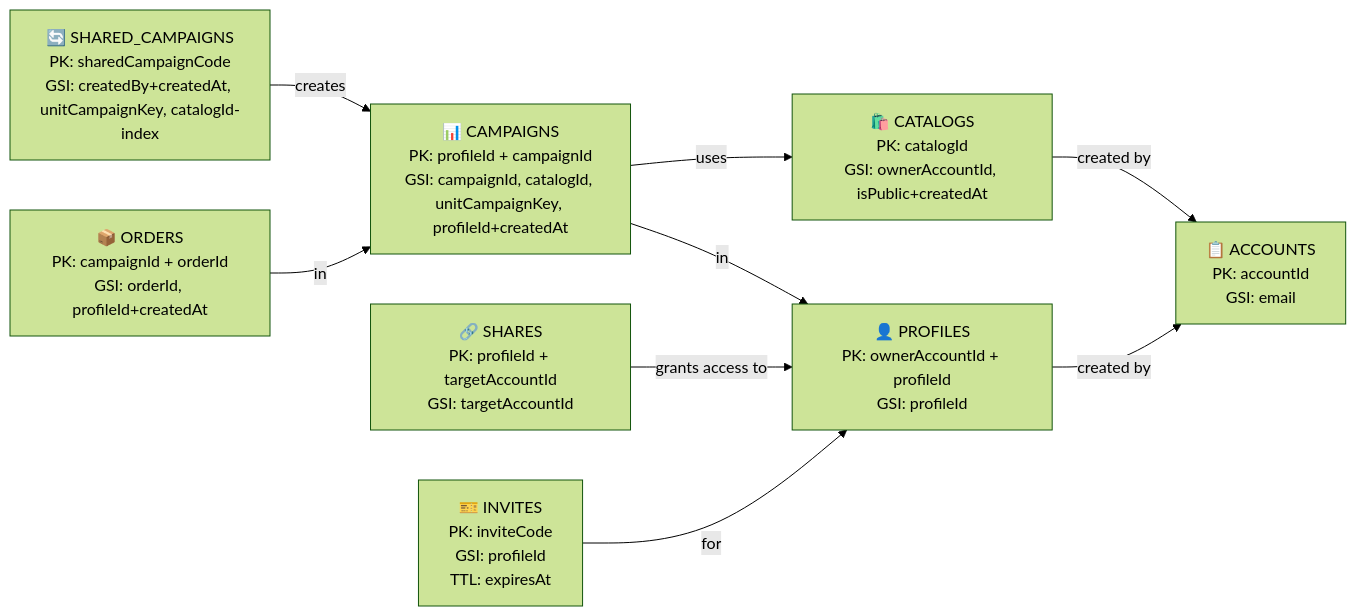
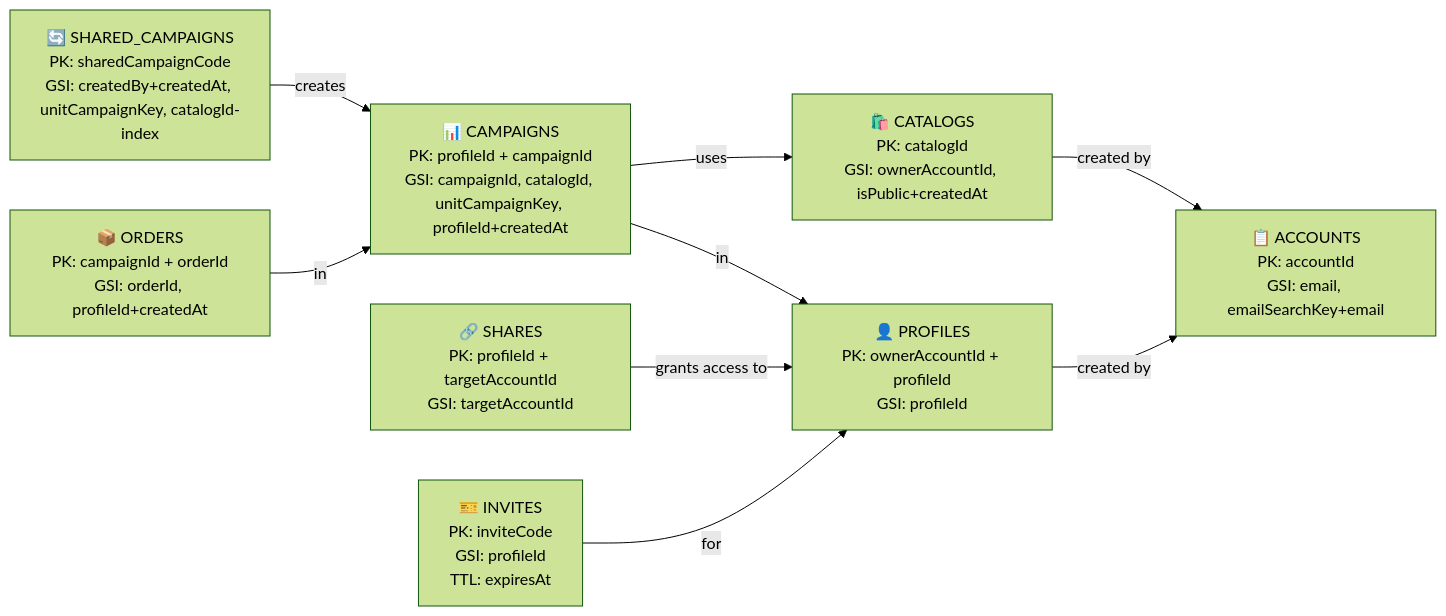
One commit to dmeiser/kernelworx changed the first of 13 diagrams in docs/SCHEMA.md. Above: the diagram before and after it, drawn with Mermaid (forest theme). The commit also changed other lines of this file and 3 other files, not shown here.

First line of the commit message:
feat(dynamodb): backfill and document the accounts email prefix-search index

````diff
--- a/docs/SCHEMA.md
+++ b/docs/SCHEMA.md
@@ -7,20 +7,20 @@
 ```mermaid
 graph LR
-    A["📋 ACCOUNTS<br/>PK: accountId<br/>GSI: email"] 
+    A["📋 ACCOUNTS<br/>PK: accountId<br/>GSI: email, emailSearchKey+email"] 
     B["👤 PROFILES<br/>PK: ownerAccountId + profileId<br/>GSI: profileId"]
     C["📊 CAMPAIGNS<br/>PK: profileId + campaignId<br/>GSI: campaignId, catalogId, unitCampaignKey, profileId+createdAt"]
     D["📦 ORDERS<br/>PK: campaignId + orderId<br/>GSI: orderId, profileId+createdAt"]
     E["🛍️ CATALOGS<br/>PK: catalogId<br/>GSI: ownerAccountId, isPublic+createdAt"]
     F["🔗 SHARES<br/>PK: profileId + targetAccountId<br/>GSI: targetAccountId"]
     G["🎫 INVITES<br/>PK: inviteCode<br/>GSI: profileId<br/>TTL: expiresAt"]
     H["🔄 SHARED_CAMPAIGNS<br/>PK: sharedCampaignCode<br/>GSI: createdBy+createdAt, unitCampaignKey, catalogId-index"]
     
     B -->|created by| A
     C -->|in| B
     D -->|in| C
     C -->|uses| E
     F -->|grants access to| B
     G -->|for| B
     H -->|creates| C
     E -->|created by| A
 ```
````
